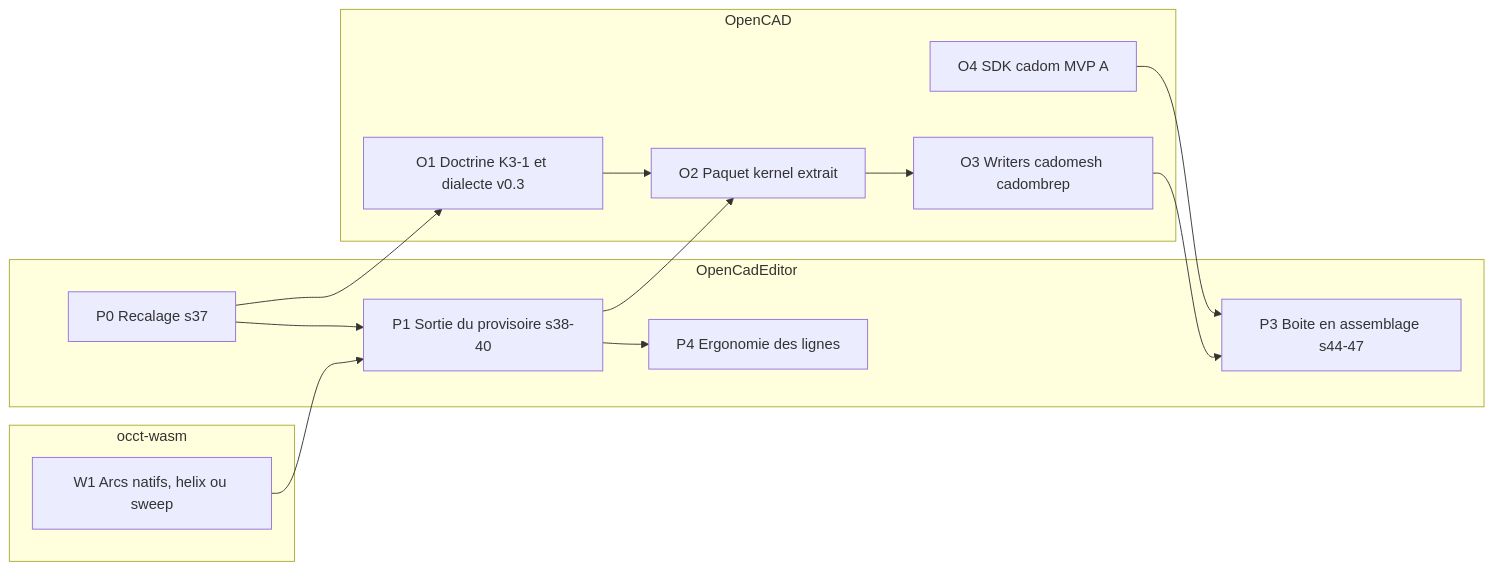
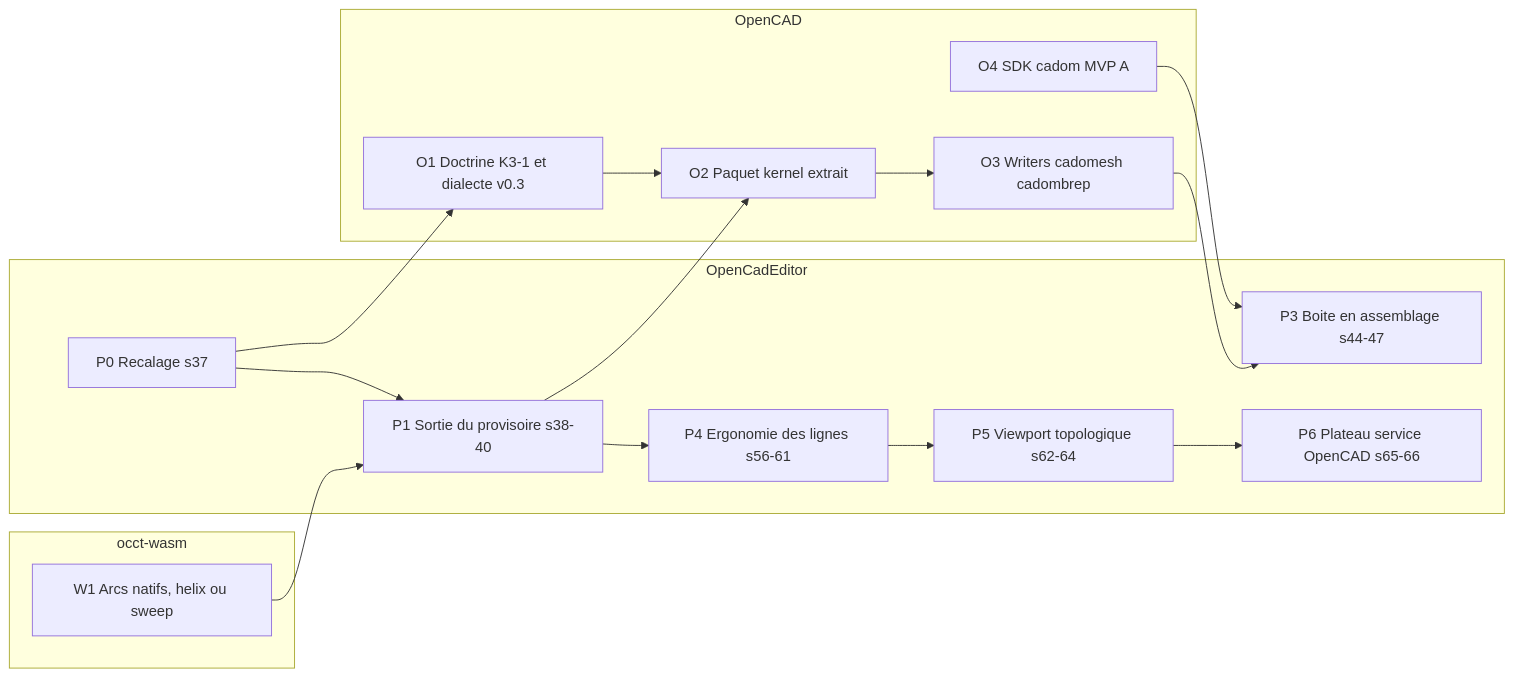
One commit to naanouff/OpenCadEditor changed the diagram in documentation/suivi/feuille-de-route.md. Above: the diagram before and after it, drawn with Mermaid. The commit also changed other lines of this file and 16 other files, not shown here.

````diff
--- a/documentation/suivi/feuille-de-route.md
+++ b/documentation/suivi/feuille-de-route.md
@@ -28,27 +28,31 @@
 ```mermaid
 flowchart LR
   subgraph editeur [OpenCadEditor]
     P0[P0 Recalage s37]
     P1[P1 Sortie du provisoire s38-40]
     P3[P3 Boite en assemblage s44-47]
-    P4[P4 Ergonomie des lignes]
+    P4[P4 Ergonomie des lignes s56-61]
+    P5[P5 Viewport topologique s62-64]
+    P6[P6 Plateau service OpenCAD s65-66]
   end
   subgraph opencad [OpenCAD]
     O1[O1 Doctrine K3-1 et dialecte v0.3]
     O2[O2 Paquet kernel extrait]
     O3[O3 Writers cadomesh cadombrep]
     O4[O4 SDK cadom MVP A]
   end
   subgraph occt [occt-wasm]
     W1[W1 Arcs natifs, helix ou sweep]
   end
   P0 --> P1
   P0 --> O1
   O1 --> O2
   P1 --> O2
   W1 --> P1
   O2 --> O3
   O4 --> P3
   O3 --> P3
   P1 --> P4
+  P4 --> P5
+  P5 --> P6
 ```
````
